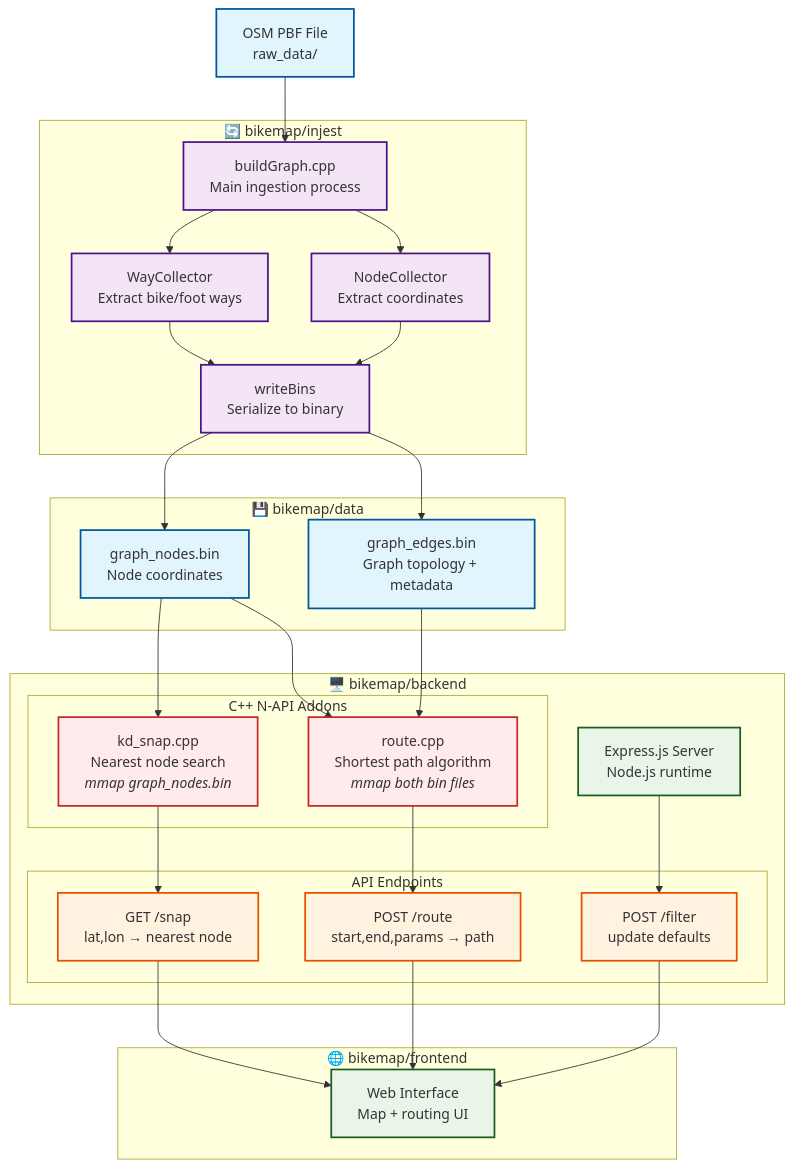
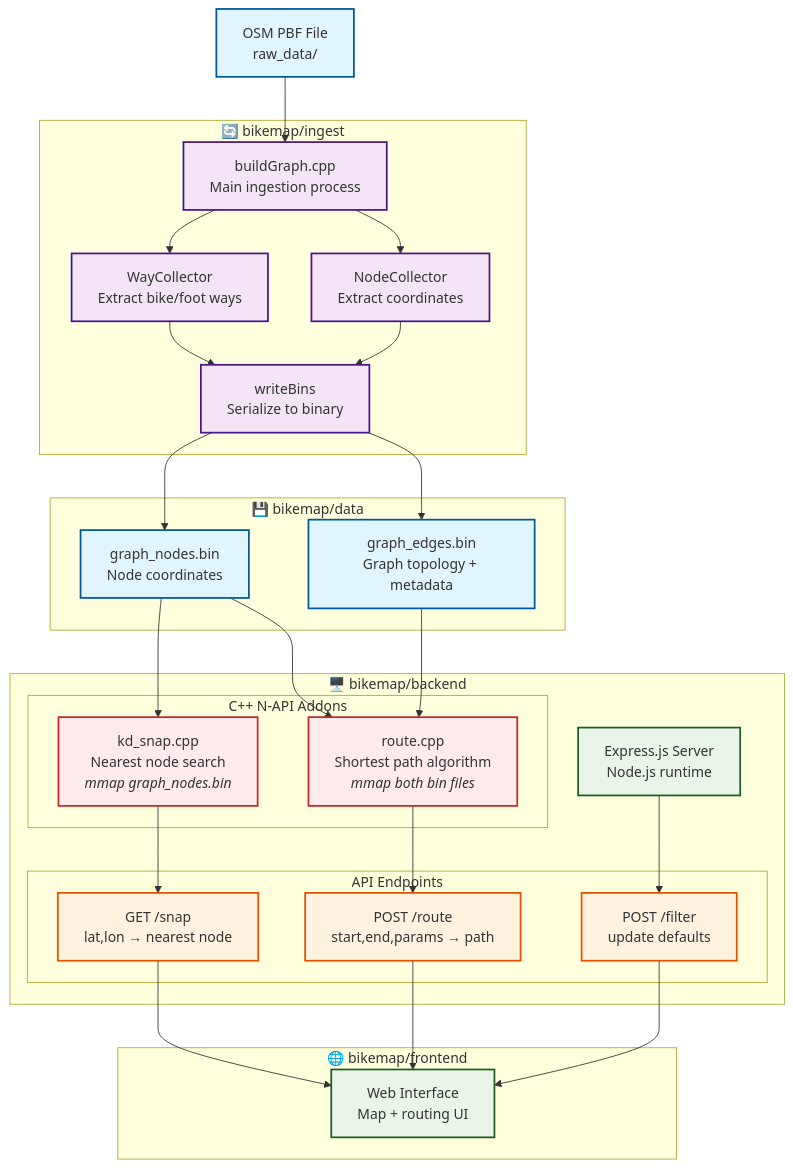
The diagram in README.md (wsdonnelly/Bike-Helsinki), drawn with Mermaid before and after one commit. The commit also changed other lines of this file and 21 other files, not shown here.

Commit message:
fixed spelling issue injest->ingest

````diff
--- a/README.md
+++ b/README.md
@@ -10,76 +10,76 @@
 ```mermaid
 flowchart TD
     %% Data Sources
     OSM[OSM PBF File<br/>raw_data/]
 
     %% Ingestion Process
-    subgraph INGEST [" 🔄 bikemap/injest "]
+    subgraph INGEST [" 🔄 bikemap/ingest "]
         BUILD[buildGraph.cpp<br/>Main ingestion process]
         WAY[WayCollector<br/>Extract bike/foot ways]
         NODE[NodeCollector<br/>Extract coordinates]
         WRITE[writeBins<br/>Serialize to binary]
     end
 
     %% Generated Data
     subgraph DATA [" 💾 bikemap/data "]
         NODES[graph_nodes.bin<br/>Node coordinates]
         EDGES[graph_edges.bin<br/>Graph topology + metadata]
     end
 
     %% Backend
     subgraph BACKEND [" 🖥️ bikemap/backend "]
         EXPRESS[Express.js Server<br/>Node.js runtime]
 
         subgraph ADDONS [" C++ N-API Addons "]
             KDSNAP[kd_snap.cpp<br/>Nearest node search<br/><em>mmap graph_nodes.bin</em>]
             ROUTE[route.cpp<br/>Shortest path algorithm<br/><em>mmap both bin files</em>]
         end
 
         subgraph ENDPOINTS [" API Endpoints "]
             SNAP_EP[GET /snap<br/>lat,lon → nearest node]
             ROUTE_EP[POST /route<br/>start,end,params → path]
             FILTER_EP[POST /filter<br/>update defaults]
         end
     end
 
     %% Frontend (placeholder)
     subgraph FRONTEND [" 🌐 bikemap/frontend "]
         UI[Web Interface<br/>Map + routing UI]
     end
 
     %% Flow connections - Ingestion
     OSM --> BUILD
     BUILD --> WAY
     BUILD --> NODE
     WAY --> WRITE
     NODE --> WRITE
     WRITE --> NODES
     WRITE --> EDGES
 
     %% Flow connections - Backend
     NODES --> KDSNAP
     NODES --> ROUTE
     EDGES --> ROUTE
 
     KDSNAP --> SNAP_EP
     ROUTE --> ROUTE_EP
     EXPRESS --> FILTER_EP
 
     %% Flow connections - API
     SNAP_EP --> UI
     ROUTE_EP --> UI
     FILTER_EP --> UI
 
     %% Styling
     classDef dataFile fill:#e1f5fe,stroke:#01579b,stroke-width:2px
     classDef process fill:#f3e5f5,stroke:#4a148c,stroke-width:2px
     classDef service fill:#e8f5e8,stroke:#1b5e20,stroke-width:2px
     classDef api fill:#fff3e0,stroke:#e65100,stroke-width:2px
     classDef cpp fill:#ffebee,stroke:#c62828,stroke-width:2px
 
     class OSM,NODES,EDGES dataFile
     class BUILD,WAY,NODE,WRITE process
     class EXPRESS,UI service
     class SNAP_EP,ROUTE_EP,FILTER_EP api
     class KDSNAP,ROUTE cpp
 ```
````
